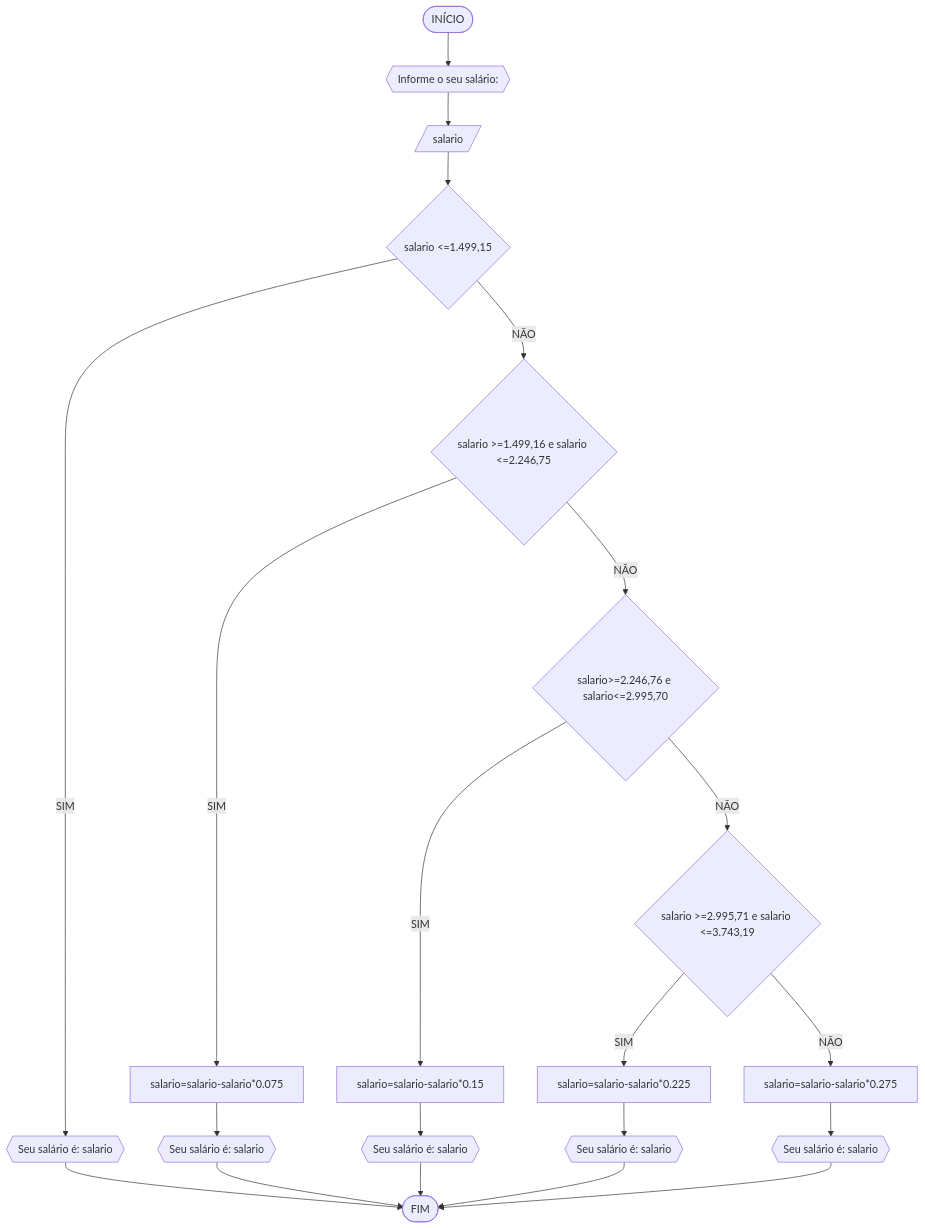
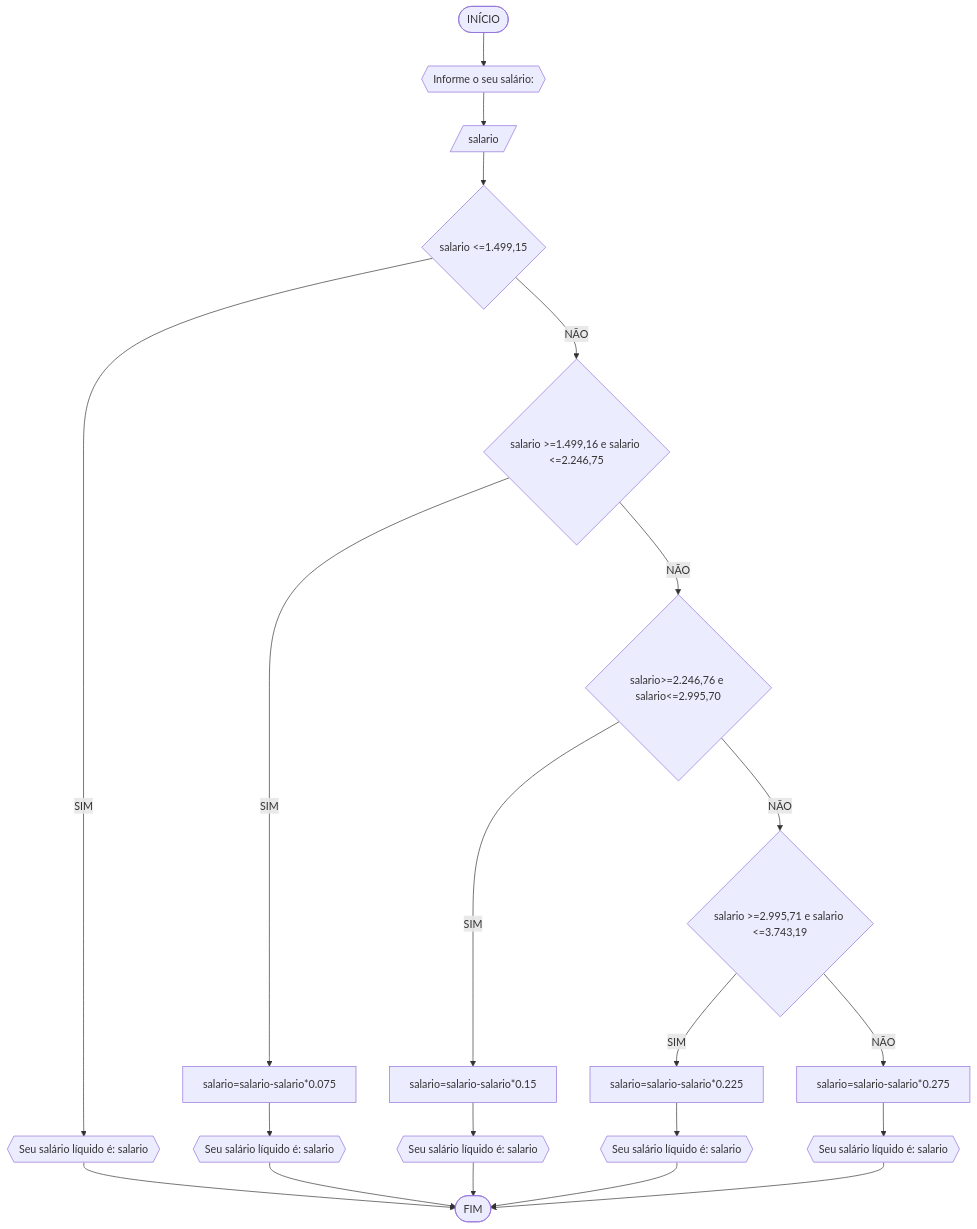
Before and after one commit to marviniciuss/unifor: diagram 17 of 17 in RLA/lista2_exercicios.md, drawn with Mermaid. The commit also changed other lines of this file, not shown here.

````diff
--- a/RLA/lista2_exercicios.md
+++ b/RLA/lista2_exercicios.md
@@ -591,23 +591,23 @@
 ```mermaid
 flowchart TD
 A([INÍCIO])-->B{{"Informe o seu salário: "}}
 B-->C[/salario/]
 C-->E{"salario <=1.499,15"}
-E--SIM-->F{{"Seu salário é: salario"}}
+E--SIM-->F{{"Seu salário líquido é: salario"}}
 E--NÃO-->G{salario >=1.499,16 e salario <=2.246,75}
 G--SIM-->H[salario=salario-salario*0.075]
-H-->O{{"Seu salário é: salario"}}
+H-->O{{"Seu salário líquido é: salario"}}
 G--NÃO-->I{salario>=2.246,76 e salario<=2.995,70}
 I--SIM-->J[salario=salario-salario*0.15]
-J-->P{{"Seu salário é: salario"}}
+J-->P{{"Seu salário líquido é: salario"}}
 I--NÃO-->K{salario >=2.995,71 e salario <=3.743,19}
 K--SIM-->L[salario=salario-salario*0.225]
-L-->Q{{"Seu salário é: salario"}}
+L-->Q{{"Seu salário líquido é: salario"}}
 K--NÃO-->M[salario=salario-salario*0.275]
-M-->R{{"Seu salário é: salario"}}
+M-->R{{"Seu salário líquido é: salario"}}
 F-->N([FIM])
 O-->N
 P-->N
 Q-->N
 R-->N
 ```
````
